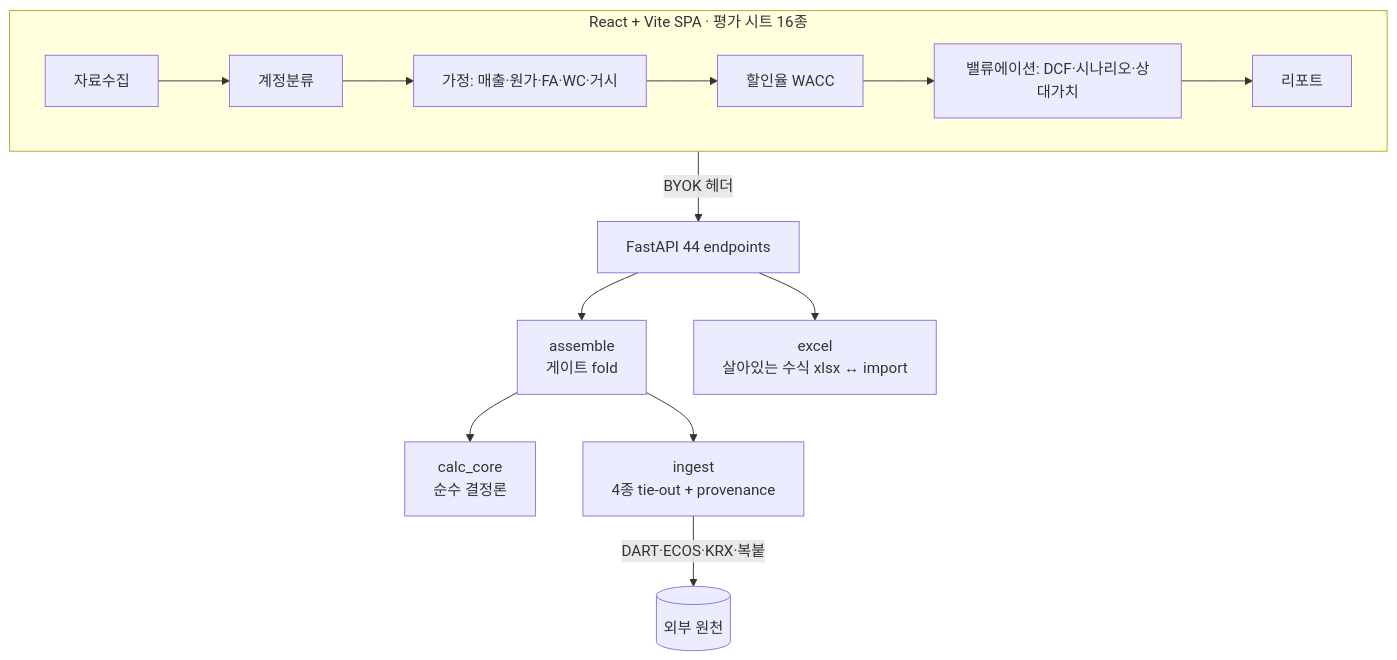
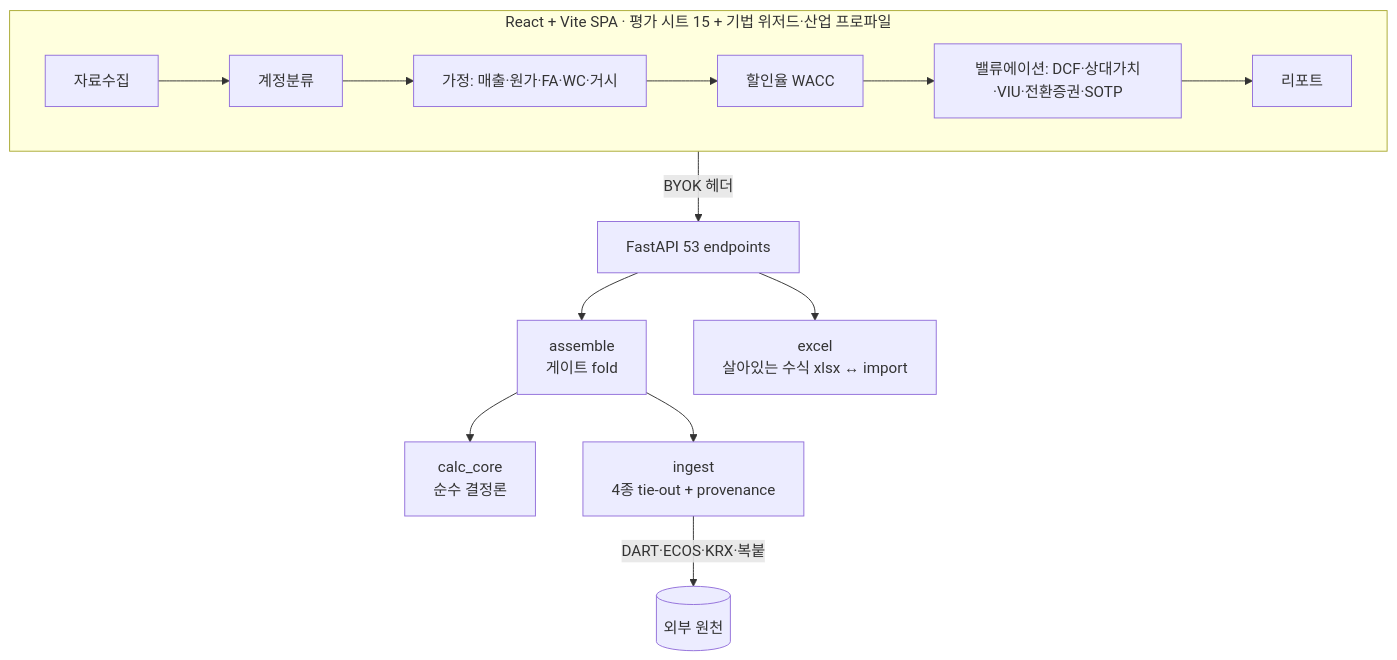
Before and after one commit to gfdsstyu/val-studio: the second of 4 diagrams in README.md, drawn with Mermaid. The commit also changed other lines of this file and 1 other file, not shown here.

````diff
--- a/README.md
+++ b/README.md
@@ -125,13 +160,13 @@
 ```mermaid
 flowchart TB
-  subgraph FE[React + Vite SPA · 평가 시트 16종]
+  subgraph FE[React + Vite SPA · 평가 시트 15 + 기법 위저드·산업 프로파일]
     M[자료수집] --> MAP[계정분류] --> A[가정: 매출·원가·FA·WC·거시]
-    A --> D[할인율 WACC] --> V[밸류에이션: DCF·시나리오·상대가치] --> R[리포트]
+    A --> D[할인율 WACC] --> V[밸류에이션: DCF·상대가치·VIU·전환증권·SOTP] --> R[리포트]
   end
-  FE -->|BYOK 헤더| API[FastAPI 44 endpoints]
+  FE -->|BYOK 헤더| API[FastAPI 53 endpoints]
   API --> ASM[assemble<br/>게이트 fold]
   ASM --> CC[calc_core<br/>순수 결정론]
   ASM --> ING[ingest<br/>4종 tie-out + provenance]
   ING -->|DART·ECOS·KRX·복붙| EXT[(외부 원천)]
   API --> XL[excel<br/>살아있는 수식 xlsx ↔ import]
 ```
````
